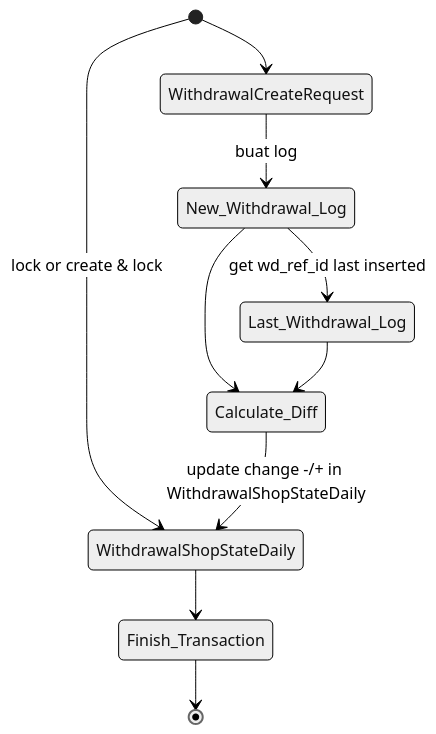
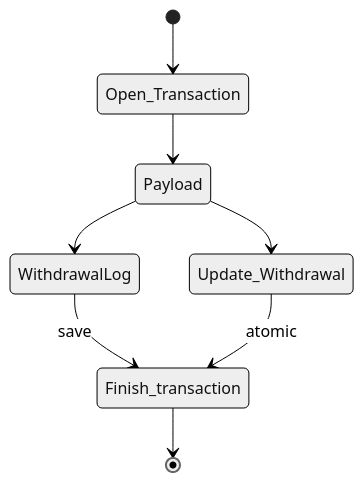
One commit to pdcgo/selling_service changed the second of 3 diagrams in docs/readme.md. Above: the diagram before and after it, drawn with Mermaid (neutral theme). The commit also changed other lines of this file and 13 other files, not shown here.

````diff
--- a/docs/readme.md
+++ b/docs/readme.md
@@ -104,19 +122,14 @@
     ```mermaid
     stateDiagram-v2
+
+    [*] --> Open_Transaction
+    Open_Transaction --> Payload
+    Payload --> WithdrawalLog
+    Payload --> Update_Withdrawal
+    WithdrawalLog --> Finish_transaction: save
+    Update_Withdrawal --> Finish_transaction: atomic
     
-  
-    [*] --> WithdrawalShopStateDaily: lock or create & lock
-    WithdrawalShopStateDaily --> Finish_Transaction
-    [*] --> WithdrawalCreateRequest
-    
-    WithdrawalCreateRequest --> New_Withdrawal_Log: buat log
-    New_Withdrawal_Log --> Calculate_Diff
-    New_Withdrawal_Log --> Last_Withdrawal_Log: get wd_ref_id last inserted
-    Last_Withdrawal_Log --> Calculate_Diff
-    Calculate_Diff --> WithdrawalShopStateDaily: update change -/+ in WithdrawalShopStateDaily
-    
+    Finish_transaction --> [*]
 
 
-    Finish_Transaction --> [*]
-    
     ```
````
